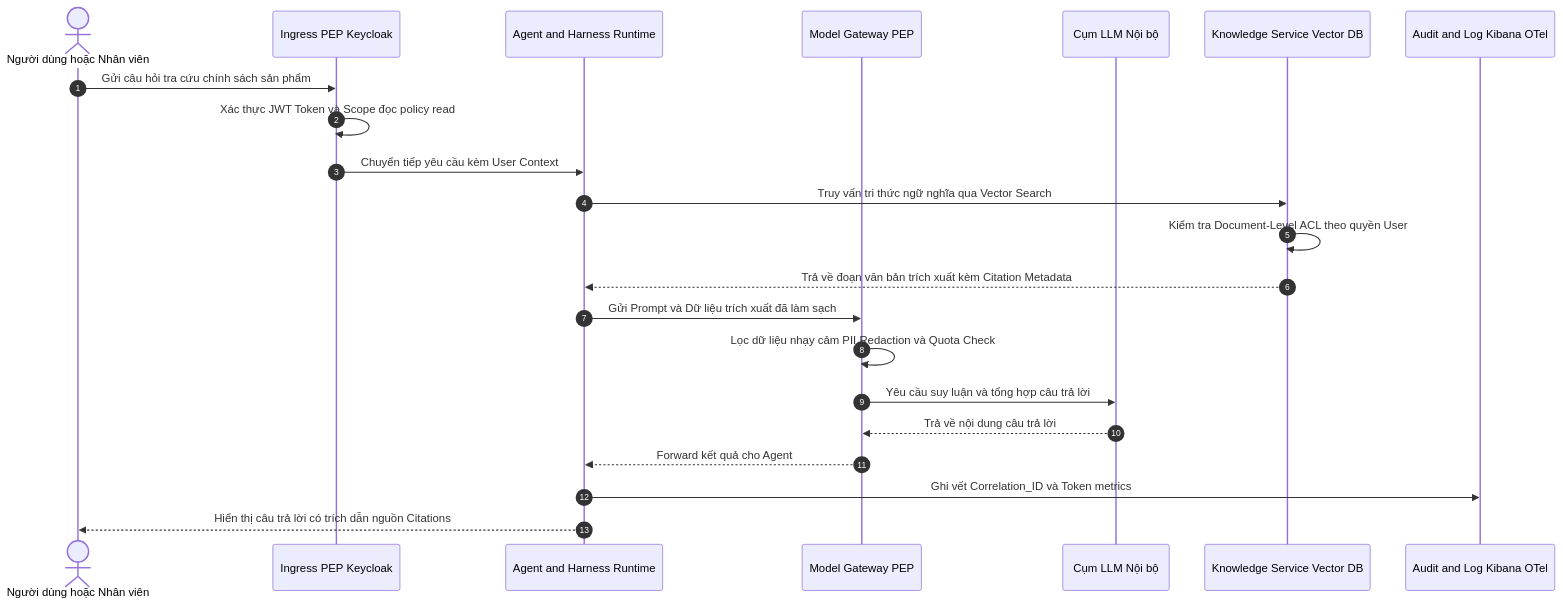
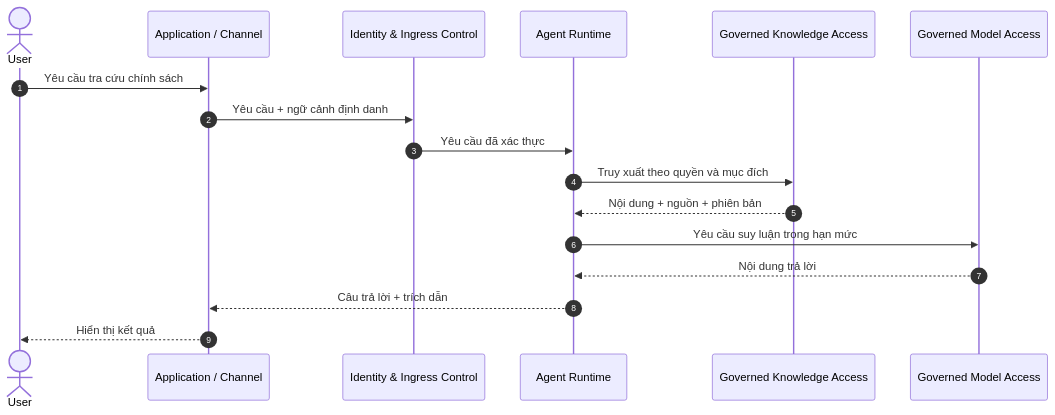
The second of 3 diagrams in src/nghien-cuu/ngan-hang-so/mb-enterprise-agent-governance/index.md (cafeviet/my-wiki), drawn with Mermaid before and after one commit. The commit also changed other lines of this file and 8 other files, not shown here.

````diff
--- a/src/nghien-cuu/ngan-hang-so/mb-enterprise-agent-governance/index.md
+++ b/src/nghien-cuu/ngan-hang-so/mb-enterprise-agent-governance/index.md
@@ -648,25 +466,19 @@
 ```mermaid
 sequenceDiagram
   autonumber
-  actor User as Người dùng hoặc Nhân viên
-  participant Ingress as Ingress PEP Keycloak
-  participant Agent as Agent and Harness Runtime
-  participant ModelGW as Model Gateway PEP
-  participant Model as Cụm LLM Nội bộ
-  participant KB as Knowledge Service Vector DB
-  participant Audit as Audit and Log Kibana OTel
-
-  User->>Ingress: Gửi câu hỏi tra cứu chính sách sản phẩm
-  Ingress->>Ingress: Xác thực JWT Token và Scope đọc policy read
-  Ingress->>Agent: Chuyển tiếp yêu cầu kèm User Context
-  Agent->>KB: Truy vấn tri thức ngữ nghĩa qua Vector Search
-  KB->>KB: Kiểm tra Document-Level ACL theo quyền User
-  KB-->>Agent: Trả về đoạn văn bản trích xuất kèm Citation Metadata
-  Agent->>ModelGW: Gửi Prompt và Dữ liệu trích xuất đã làm sạch
-  ModelGW->>ModelGW: Lọc dữ liệu nhạy cảm PII Redaction và Quota Check
-  ModelGW->>Model: Yêu cầu suy luận và tổng hợp câu trả lời
-  Model-->>ModelGW: Trả về nội dung câu trả lời
-  ModelGW-->>Agent: Forward kết quả cho Agent
-  Agent->>Audit: Ghi vết Correlation_ID và Token metrics
-  Agent-->>User: Hiển thị câu trả lời có trích dẫn nguồn Citations
+  actor U as User
+  participant A as Application / Channel
+  participant I as Identity & Ingress Control
+  participant R as Agent Runtime
+  participant K as Governed Knowledge Access
+  participant M as Governed Model Access
+  U->>A: Yêu cầu tra cứu chính sách
+  A->>I: Yêu cầu + ngữ cảnh định danh
+  I->>R: Yêu cầu đã xác thực
+  R->>K: Truy xuất theo quyền và mục đích
+  K-->>R: Nội dung + nguồn + phiên bản
+  R->>M: Yêu cầu suy luận trong hạn mức
+  M-->>R: Nội dung trả lời
+  R-->>A: Câu trả lời + trích dẫn
+  A-->>U: Hiển thị kết quả
 ```
````
